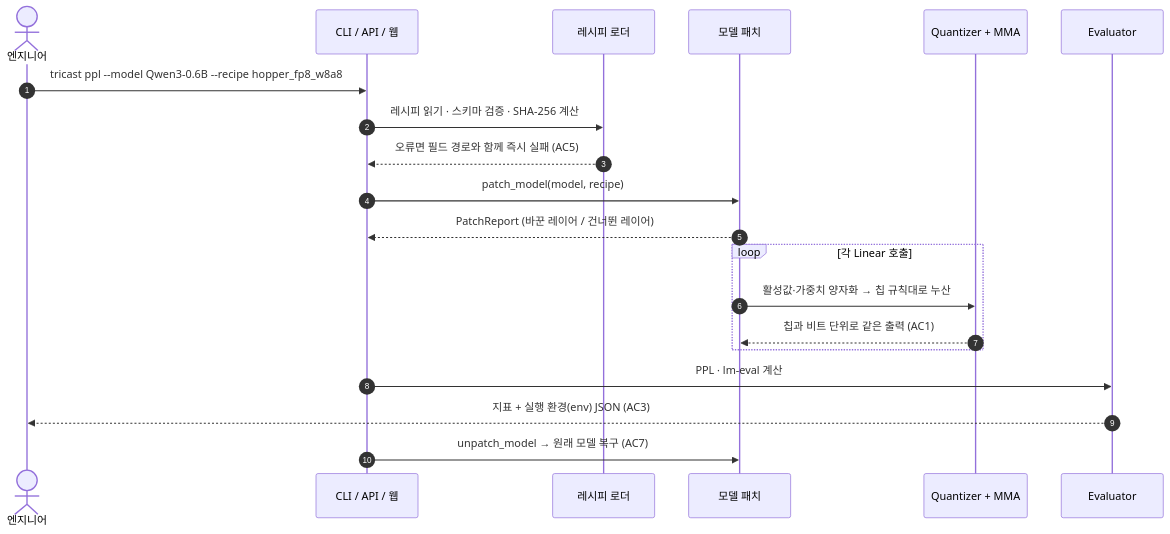
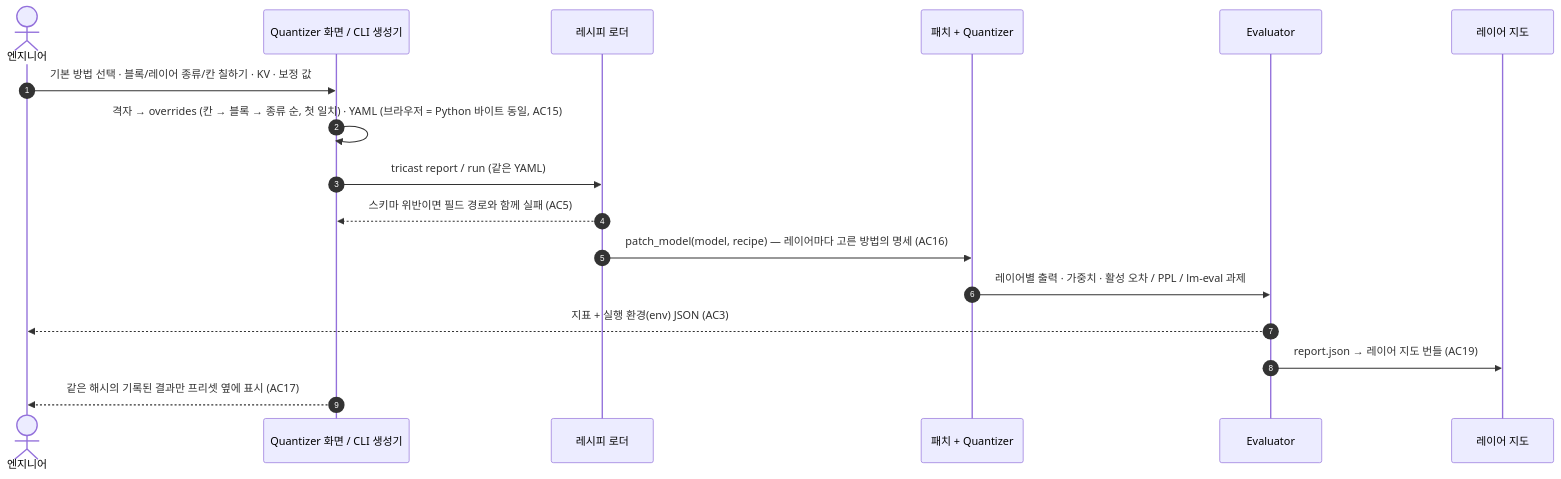
The second of 6 diagrams in docs/SPEC.md (Youngmin17/TriCast), drawn with Mermaid before and after one commit. The commit also changed other lines of this file and 7 other files, not shown here.

````diff
--- a/docs/SPEC.md
+++ b/docs/SPEC.md
@@ -97,22 +108,19 @@
 ```mermaid
 sequenceDiagram
     autonumber
     actor U as 엔지니어
-    participant IF as CLI / API / 웹
+    participant W as Quantizer 화면 / CLI 생성기
     participant RC as 레시피 로더
-    participant PT as 모델 패치
-    participant EN as Quantizer + MMA
+    participant EN as 패치 + Quantizer
     participant EV as Evaluator
-    U->>IF: tricast ppl --model Qwen3-0.6B --recipe hopper_fp8_w8a8
-    IF->>RC: 레시피 읽기 · 스키마 검증 · SHA-256 계산
-    RC-->>IF: 오류면 필드 경로와 함께 즉시 실패 (AC5)
-    IF->>PT: patch_model(model, recipe)
-    PT-->>IF: PatchReport (바꾼 레이어 / 건너뛴 레이어)
-    loop 각 Linear 호출
-      PT->>EN: 활성값·가중치 양자화 → 칩 규칙대로 누산
-      EN-->>PT: 칩과 비트 단위로 같은 출력 (AC1)
-    end
-    IF->>EV: PPL · lm-eval 계산
+    participant LM as 레이어 지도
+    U->>W: 기본 방법 선택 · 블록/레이어 종류/칸 칠하기 · KV · 보정 값
+    W->>W: 격자 → overrides (칸 → 블록 → 종류 순, 첫 일치) · YAML (브라우저 = Python 바이트 동일, AC15)
+    W->>RC: tricast report / run (같은 YAML)
+    RC-->>W: 스키마 위반이면 필드 경로와 함께 실패 (AC5)
+    RC->>EN: patch_model(model, recipe) — 레이어마다 고른 방법의 명세 (AC16)
+    EN->>EV: 레이어별 출력 · 가중치 · 활성 오차 / PPL / lm-eval 과제
     EV-->>U: 지표 + 실행 환경(env) JSON (AC3)
-    IF->>PT: unpatch_model → 원래 모델 복구 (AC7)
+    EV->>LM: report.json → 레이어 지도 번들 (AC19)
+    W-->>U: 같은 해시의 기록된 결과만 프리셋 옆에 표시 (AC17)
 ```
````
